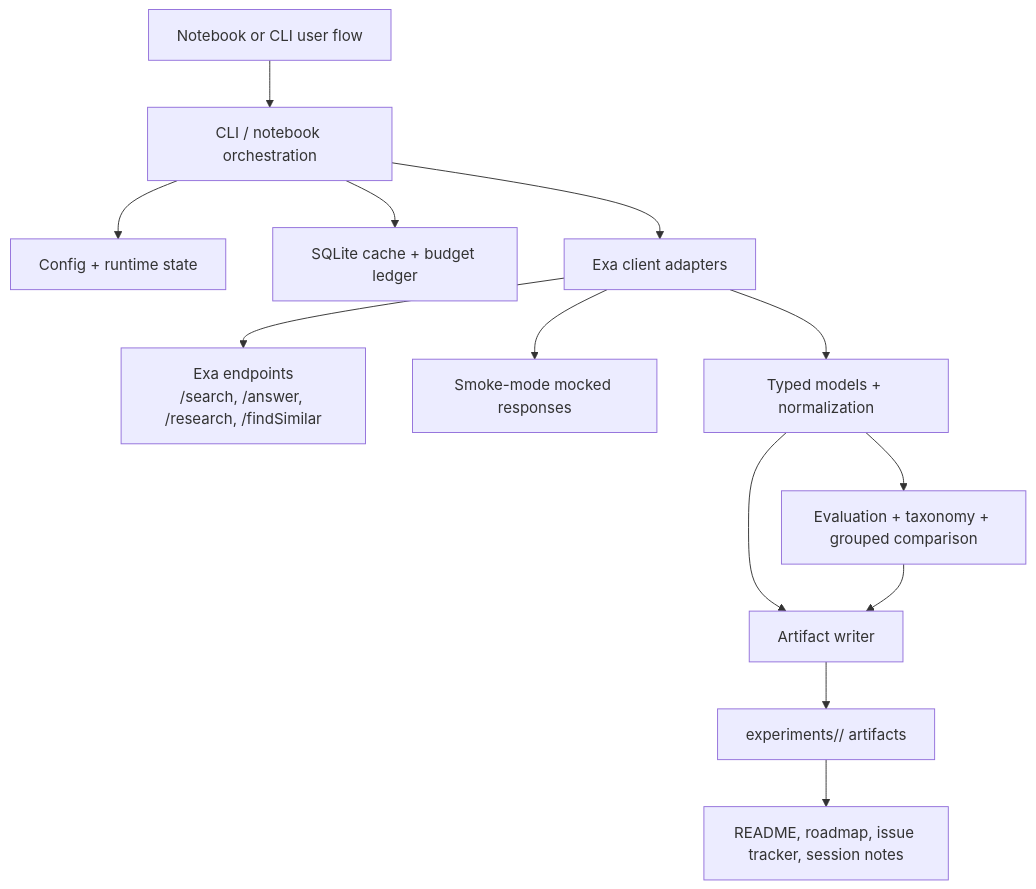
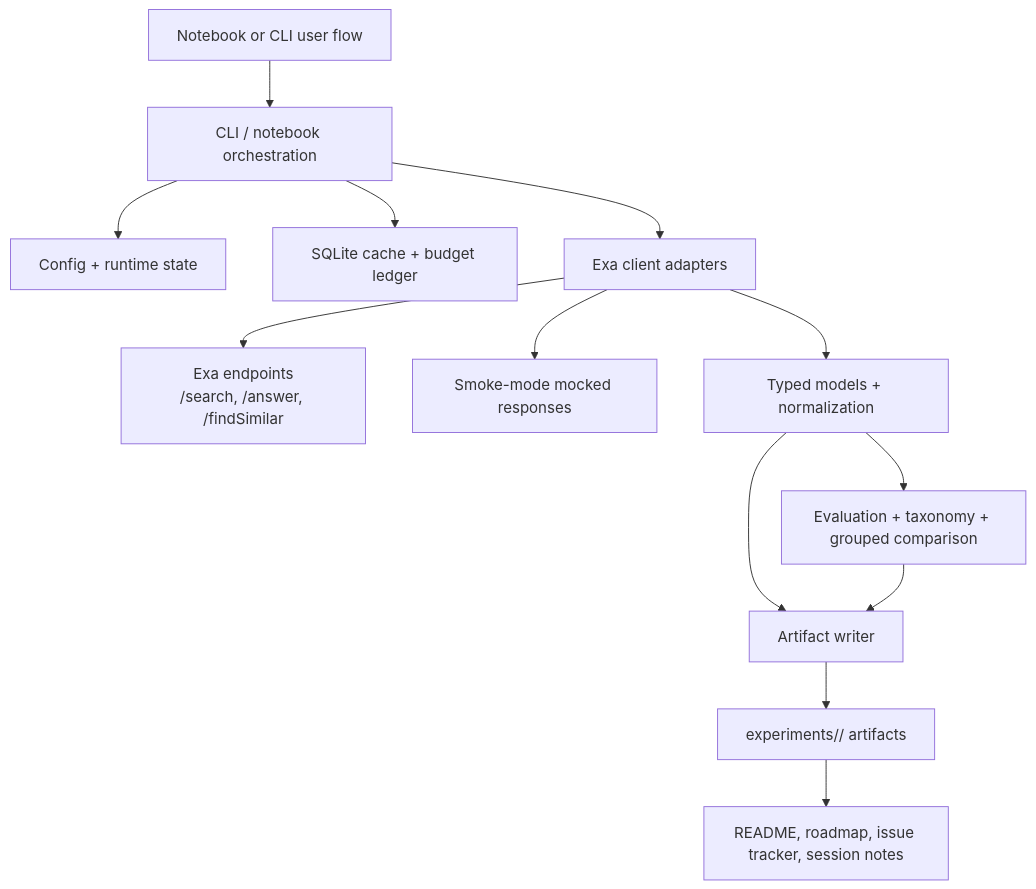
One commit to itprodirect/exai-insurance-intel changed the diagram in README.md. Above: the diagram before and after it, drawn with Mermaid. The commit also changed other lines of this file and 13 other files, not shown here.

Commit message:
Migrate research workflow to deep reasoning search

````diff
--- a/README.md
+++ b/README.md
@@ -93,15 +93,15 @@
 ```mermaid
 flowchart TD
     U["Notebook or CLI user flow"] --> CLI["CLI / notebook orchestration"]
     CLI --> CFG["Config + runtime state"]
     CLI --> CACHE["SQLite cache + budget ledger"]
     CLI --> CLIENT["Exa client adapters"]
-    CLIENT --> EXA["Exa endpoints\n/search, /answer, /research, /findSimilar"]
+    CLIENT --> EXA["Exa endpoints\n/search, /answer, /findSimilar"]
     CLIENT --> MOCK["Smoke-mode mocked responses"]
     CLIENT --> MODELS["Typed models + normalization"]
     MODELS --> EVAL["Evaluation + taxonomy + grouped comparison"]
     MODELS --> ART["Artifact writer"]
     EVAL --> ART
     ART --> EXP["experiments/<run-id>/ artifacts"]
     EXP --> DOCS["README, roadmap, issue tracker, session notes"]
 ```
````
